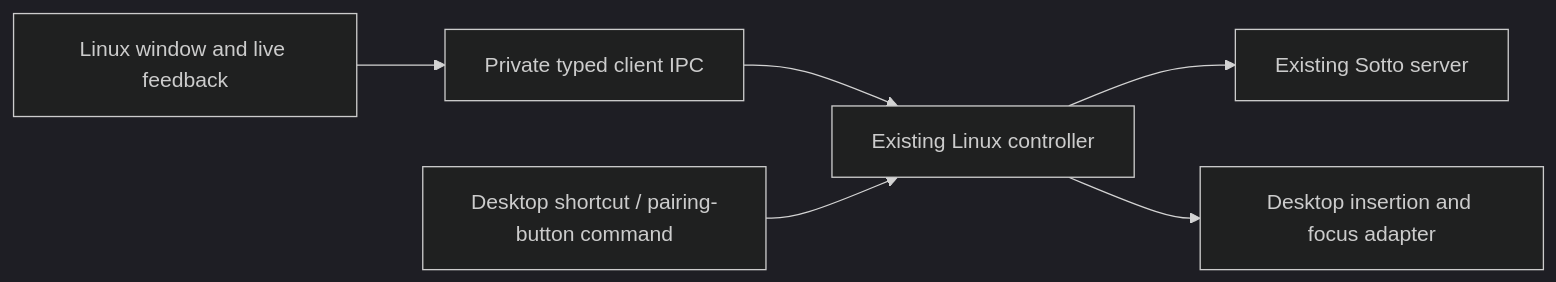
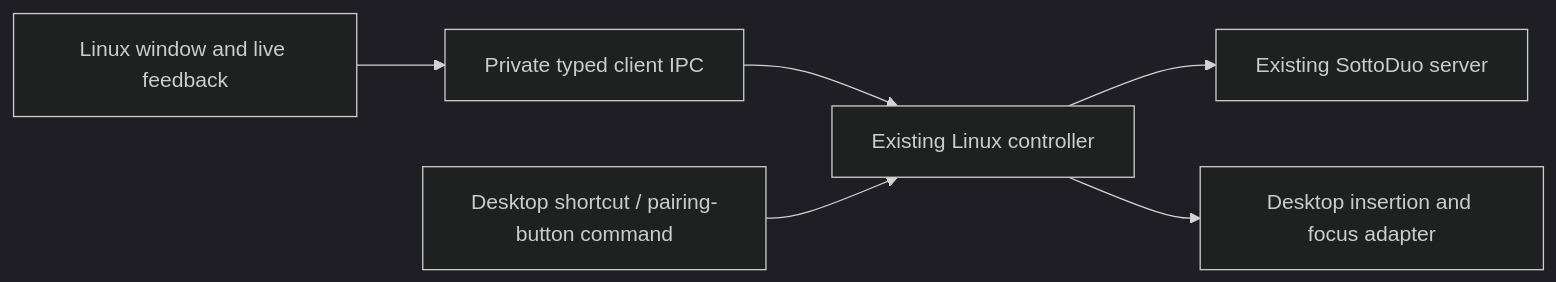
One commit to kristofferR/SottoDuo changed the diagram in docs/design/linux-gui-notes.md. Above: the diagram before and after it, drawn with Mermaid (dark theme). The commit also changed other lines of this file and 325 other files, not shown here.

Commit message:
Rename project to SottoDuo

````diff
--- a/docs/design/linux-gui-notes.md
+++ b/docs/design/linux-gui-notes.md
@@ -38,8 +38,8 @@
 ```mermaid
 flowchart LR
   GUI[Linux window and live feedback] --> IPC[Private typed client IPC]
   IPC --> Client[Existing Linux controller]
   Keys[Desktop shortcut / pairing-button command] --> Client
-  Client --> Server[Existing Sotto server]
+  Client --> Server[Existing SottoDuo server]
   Client --> Desktop[Desktop insertion and focus adapter]
 ```
````
